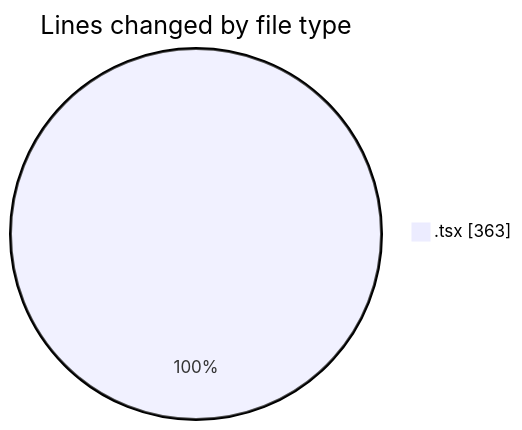
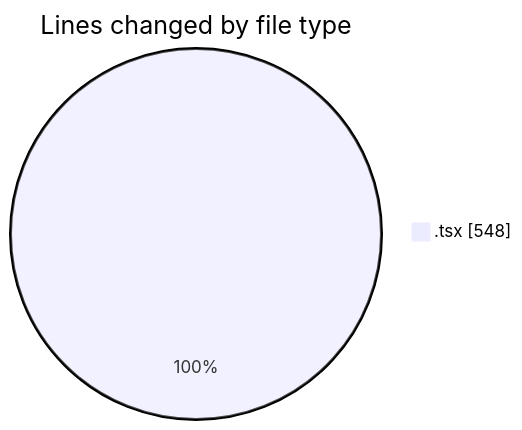
Before and after one commit to momahboobian/code-tracking: the first of 2 diagrams in 2025-03-20/cda/README.md, drawn with Mermaid. The commit also changed other lines of this file and 1 other file, not shown here.

````diff
--- a/2025-03-20/cda/README.md
+++ b/2025-03-20/cda/README.md
@@ -21,5 +22,5 @@
 ```mermaid
 pie showData
 title Lines changed by file type
-".tsx" : 363
+".tsx" : 548
 ```
````
